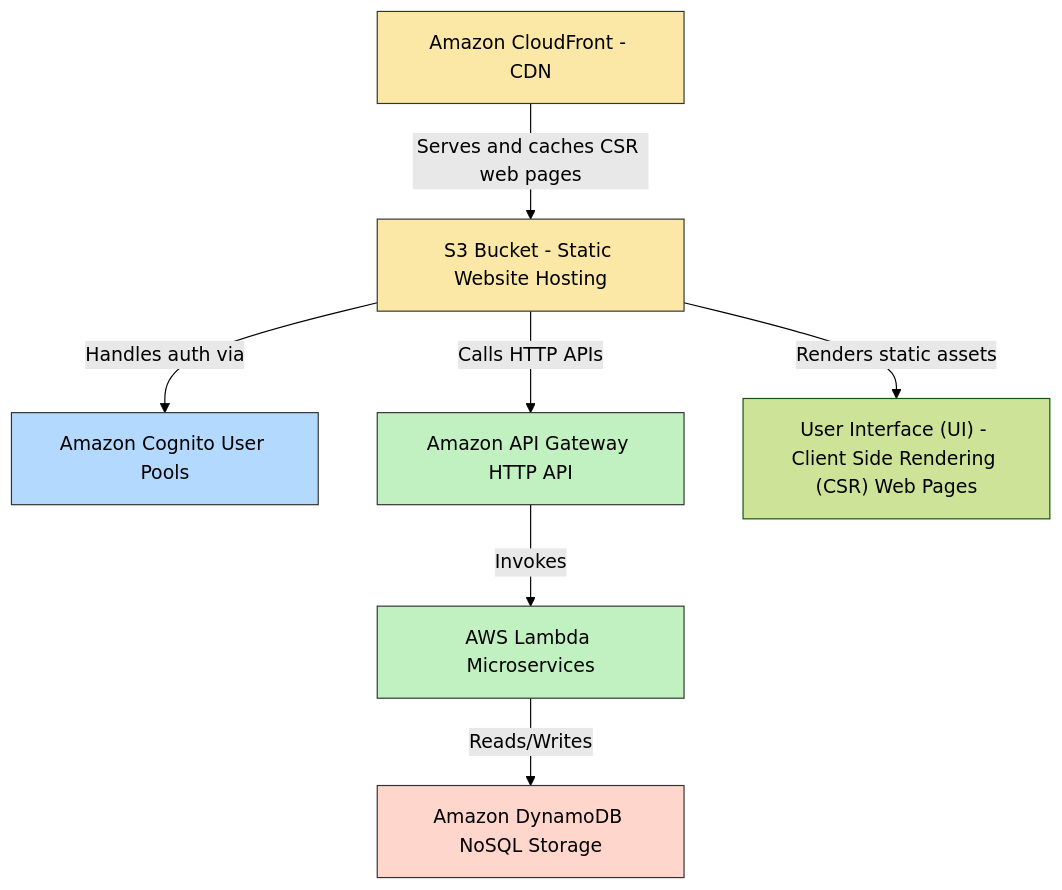
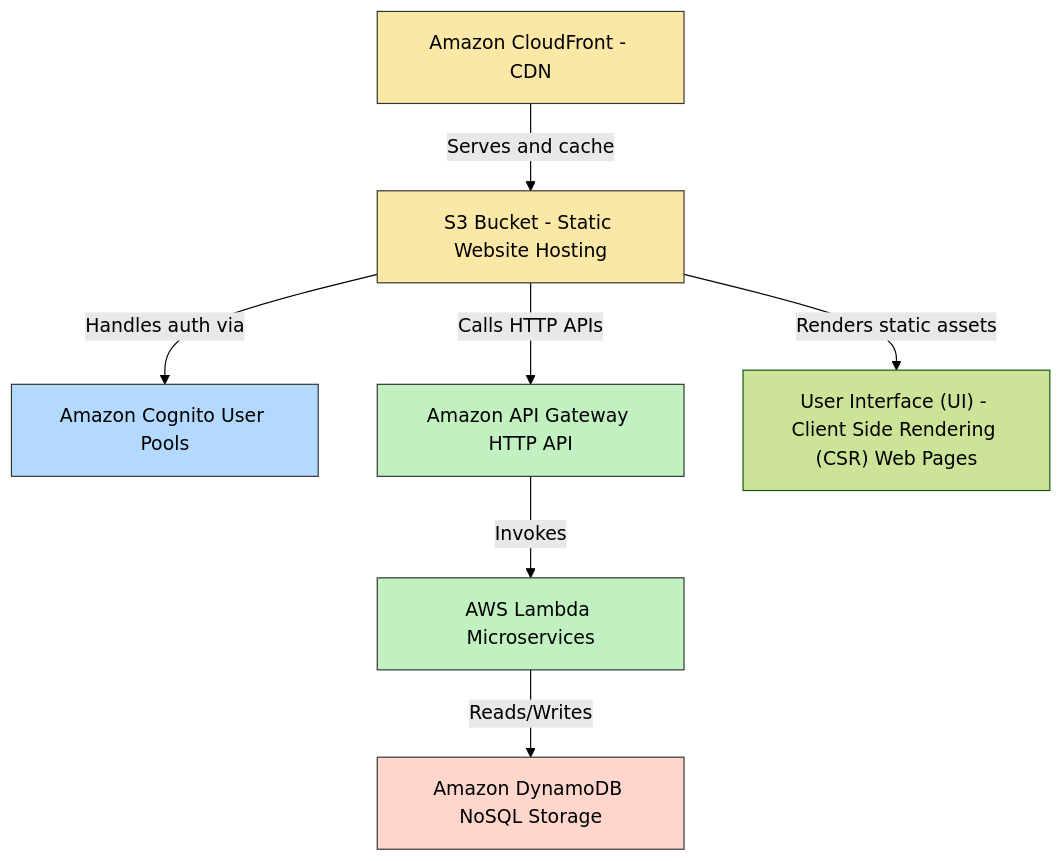
The diagram in Readme.md (lucaminudel/WiseWords), drawn with Mermaid (forest theme) before and after one commit.

````diff
--- a/Readme.md
+++ b/Readme.md
@@ -61,38 +61,38 @@
 ```mermaid
 %% Final Styled Serverless Architecture Diagram
 
 graph TD
     %% Class Definitions first
     classDef frontend fill:#fbe8a6,stroke:#333,stroke-width:1px,color:#000000;
     classDef auth fill:#b3d9ff,stroke:#333,stroke-width:1px,color:#000000;
     classDef api fill:#c1f0c1,stroke:#333,stroke-width:1px,color:#000000;
     classDef db fill:#ffd6cc,stroke:#333,stroke-width:1px,color:#000000;
     classDef sdk fill:#e0ccff,stroke:#333,stroke-width:1px,color:#000000;
 
     %% Nodes (square brackets) with simplified labels (no parentheses)
     S3[S3 Bucket - Static Website Hosting]
     CloudFront[Amazon CloudFront - CDN]
     Cognito[Amazon Cognito User Pools]
     APIGateway[Amazon API Gateway HTTP API]
     Lambda[AWS Lambda Microservices]
     DynamoDB[Amazon DynamoDB NoSQL Storage]
     UI["User Interface (UI) - Client Side Rendering (CSR) Web Pages"]
     
 
     %% Connections with labels
-    CloudFront -->|Serves and caches CSR web pages| S3
+    CloudFront -->|Serves and cache| S3
     S3 -->|Handles auth via| Cognito
     S3 -->|Calls HTTP APIs| APIGateway
     S3 -->|Renders static assets| UI
     APIGateway -->|Invokes| Lambda
     Lambda -->|Reads/Writes| DynamoDB
 
     %% Assign classes to nodes
     class CloudFront frontend;
     class S3 frontend;
     class Cognito auth;
     class APIGateway api;
     class Lambda api;
     class DynamoDB db;
     class frontend2 sdk;
 ```
````
